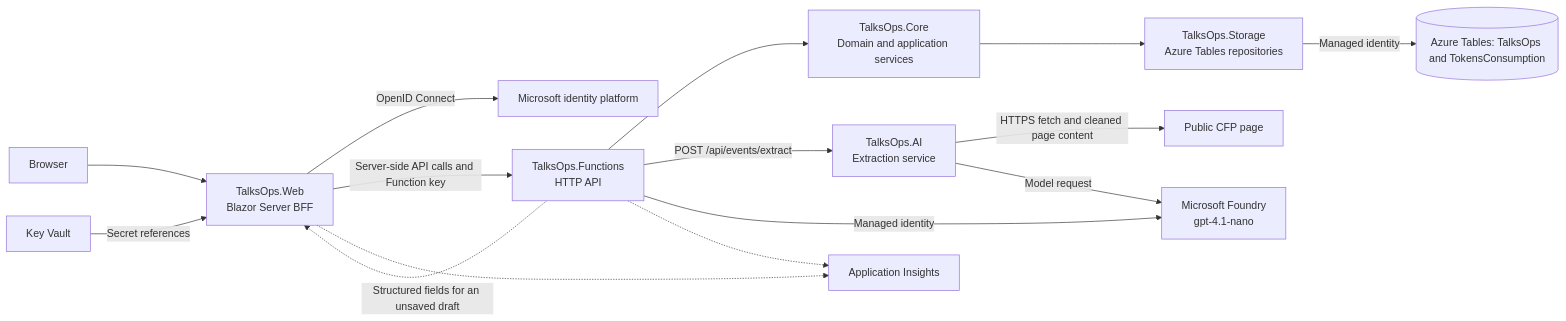
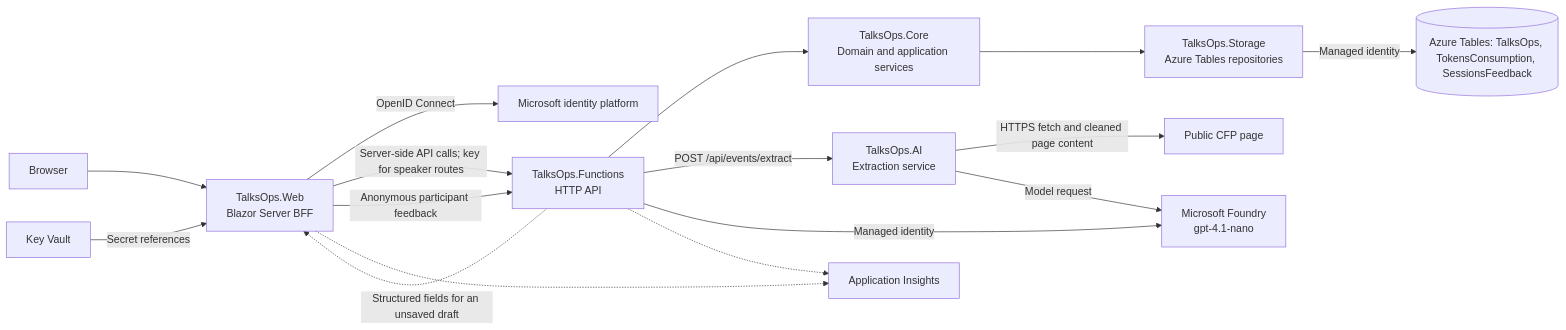
The diagram in README.md (massimobonanni/TalksOps), drawn with Mermaid before and after one commit. The commit also changed other lines of this file and 59 other files, not shown here.

````diff
--- a/README.md
+++ b/README.md
@@ -62,17 +64,18 @@
 ```mermaid
 flowchart LR
     Browser[Browser] --> Web[TalksOps.Web<br/>Blazor Server BFF]
     Web -->|OpenID Connect| Identity[Microsoft identity platform]
-    Web -->|Server-side API calls and Function key| Api[TalksOps.Functions<br/>HTTP API]
+    Web -->|Server-side API calls; key for speaker routes| Api[TalksOps.Functions<br/>HTTP API]
     Api --> Core[TalksOps.Core<br/>Domain and application services]
     Core --> Storage[TalksOps.Storage<br/>Azure Tables repositories]
-    Storage -->|Managed identity| Tables[(Azure Tables: TalksOps and TokensConsumption)]
+    Storage -->|Managed identity| Tables[(Azure Tables: TalksOps, TokensConsumption, SessionsFeedback)]
     Api -->|POST /api/events/extract| AI[TalksOps.AI<br/>Extraction service]
     AI -->|HTTPS fetch and cleaned page content| Page[Public CFP page]
     AI -->|Model request| Foundry[Microsoft Foundry<br/>gpt-4.1-nano]
     Api -->|Managed identity| Foundry
     Api -.->|Structured fields for an unsaved draft| Web
+    Web -->|Anonymous participant feedback| Api
     Vault[Key Vault] -->|Secret references| Web
     Web -.-> Insights[Application Insights]
     Api -.-> Insights
 ```
````
